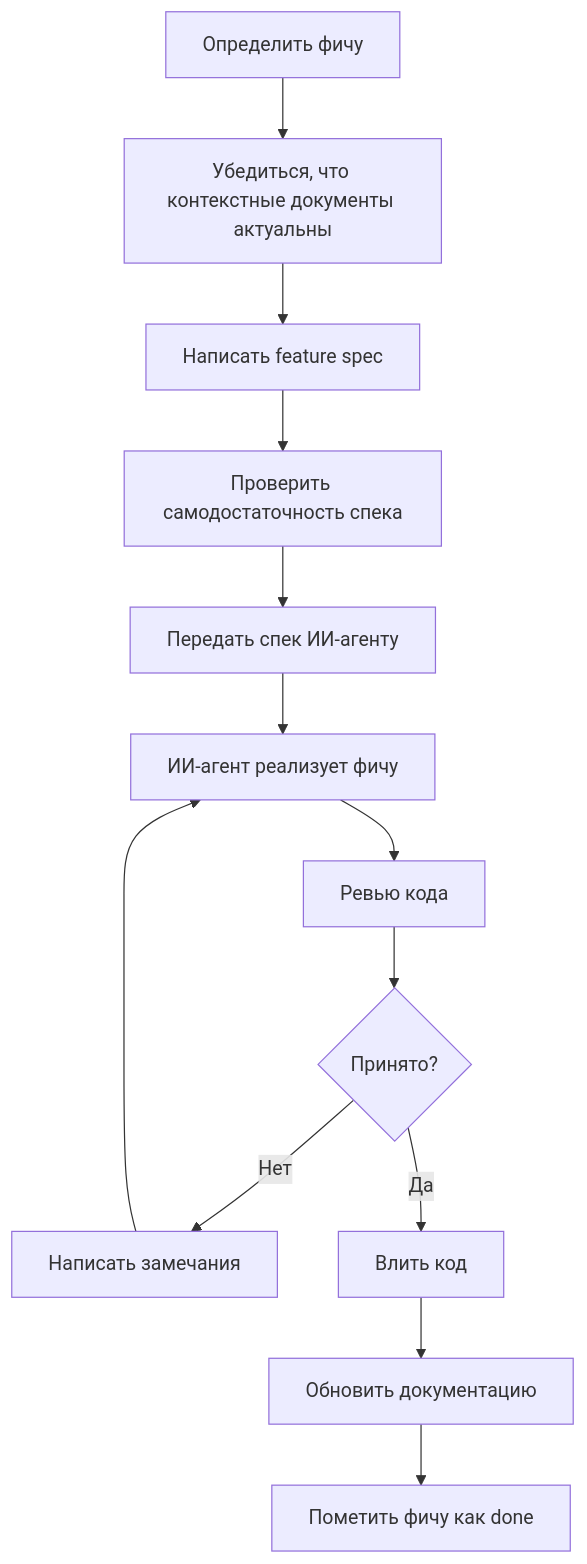
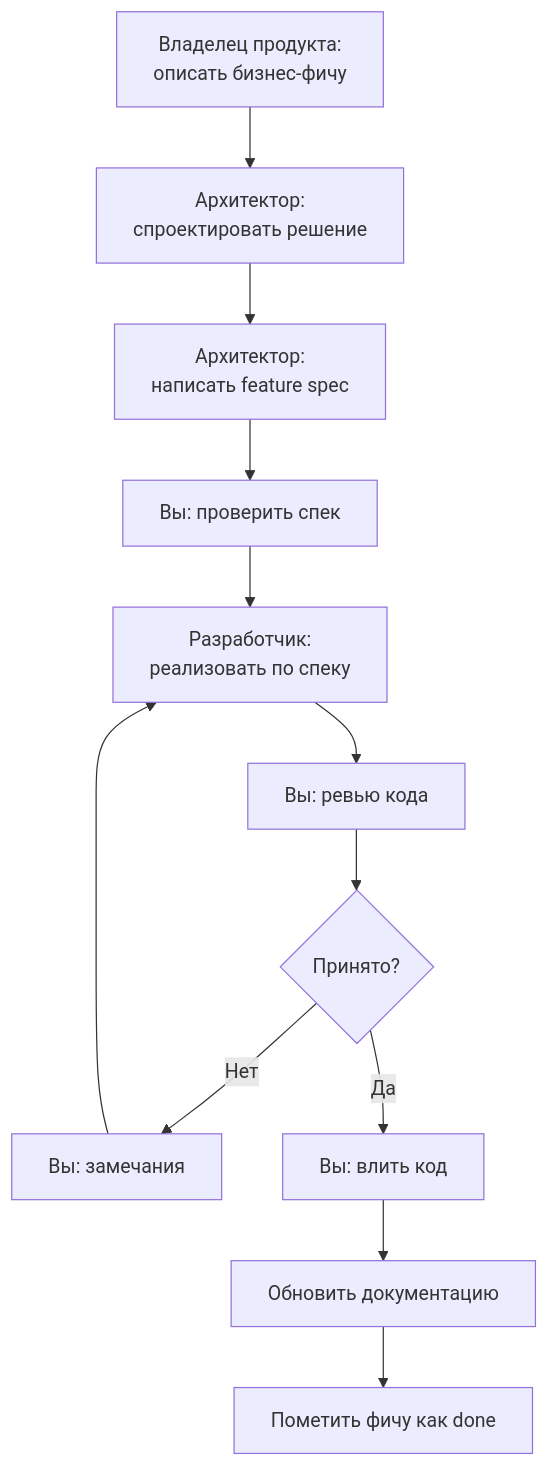
The diagram in docs/workflow.md (drive2head/game_1), drawn with Mermaid before and after one commit. The commit also changed other lines of this file and 10 other files, not shown here.

````diff
--- a/docs/workflow.md
+++ b/docs/workflow.md
@@ -12,15 +27,15 @@
 ```mermaid
 flowchart TD
-    A["Определить фичу"] --> B["Убедиться, что контекстные документы актуальны"]
-    B --> C["Написать feature spec"]
-    C --> D["Проверить самодостаточность спека"]
-    D --> E["Передать спек ИИ-агенту"]
-    E --> F["ИИ-агент реализует фичу"]
-    F --> G["Ревью кода"]
-    G --> H{Принято?}
-    H -->|Нет| I["Написать замечания"]
-    I --> F
-    H -->|Да| J["Влить код"]
-    J --> K["Обновить документацию"]
-    K --> L["Пометить фичу как done"]
+    PO["Владелец продукта:<br/>описать бизнес-фичу"]
+    PO --> AR["Архитектор:<br/>спроектировать решение"]
+    AR --> SPEC["Архитектор:<br/>написать feature spec"]
+    SPEC --> CHECK["Вы: проверить спек"]
+    CHECK --> DEV["Разработчик:<br/>реализовать по спеку"]
+    DEV --> REVIEW["Вы: ревью кода"]
+    REVIEW --> OK{Принято?}
+    OK -->|Нет| FB["Вы: замечания"]
+    FB --> DEV
+    OK -->|Да| MERGE["Вы: влить код"]
+    MERGE --> DOCS["Обновить документацию"]
+    DOCS --> DONE["Пометить фичу как done"]
 ```
````
